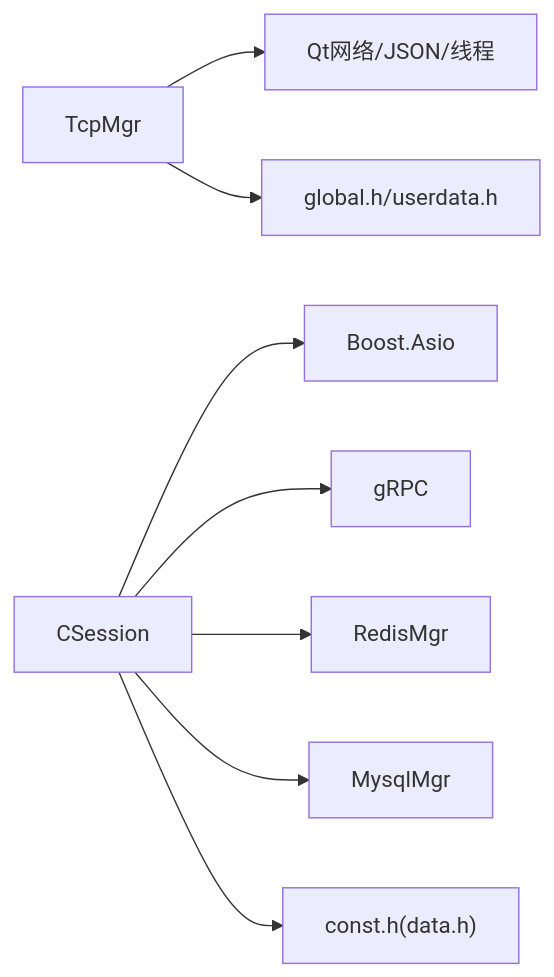
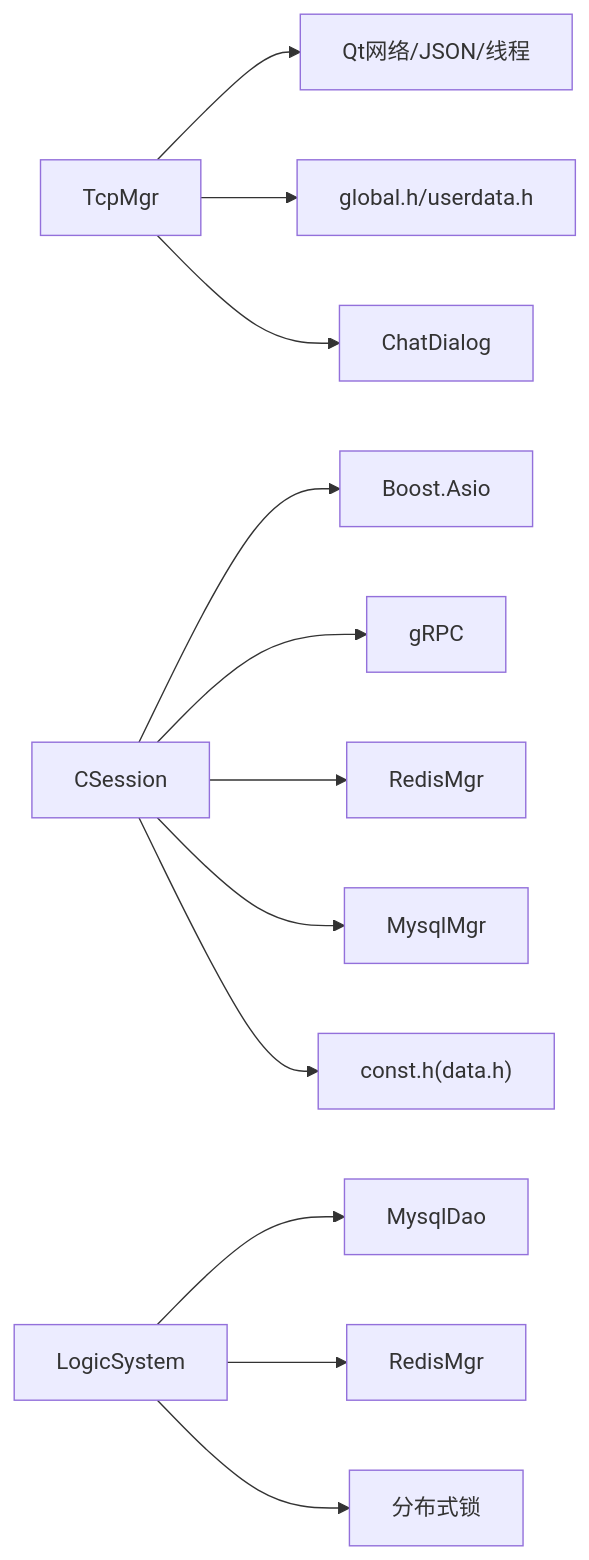
Before and after one commit to echo9923/mychatter: the fifth of 5 diagrams in .qoder/repowiki/zh/content/网络通信/TCP通信协议/TCP通信协议.md, drawn with Mermaid. The commit also changed other lines of this file and 54 other files, not shown here.

````diff
--- a/.qoder/repowiki/zh/content/网络通信/TCP通信协议/TCP通信协议.md
+++ b/.qoder/repowiki/zh/content/网络通信/TCP通信协议/TCP通信协议.md
@@ -287,10 +454,14 @@
 ```mermaid
 graph LR
 TM["TcpMgr"] --> QT["Qt网络/JSON/线程"]
 TM --> GT["global.h/userdata.h"]
+TM --> CD["ChatDialog"]
 CS["CSession"] --> AS["Boost.Asio"]
 CS --> GRPC["gRPC"]
 CS --> REDIS["RedisMgr"]
 CS --> MYSQL["MysqlMgr"]
 CS --> CONST["const.h(data.h)"]
+LS["LogicSystem"] --> DAO["MysqlDao"]
+LS --> REDIS2["RedisMgr"]
+LS --> LOCK["分布式锁"]
 ```
````
